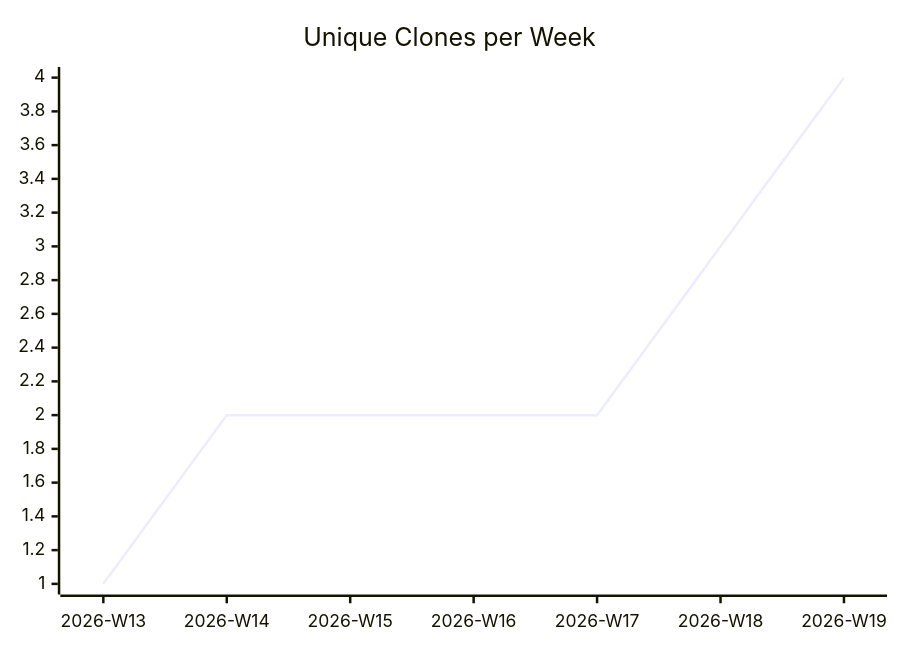
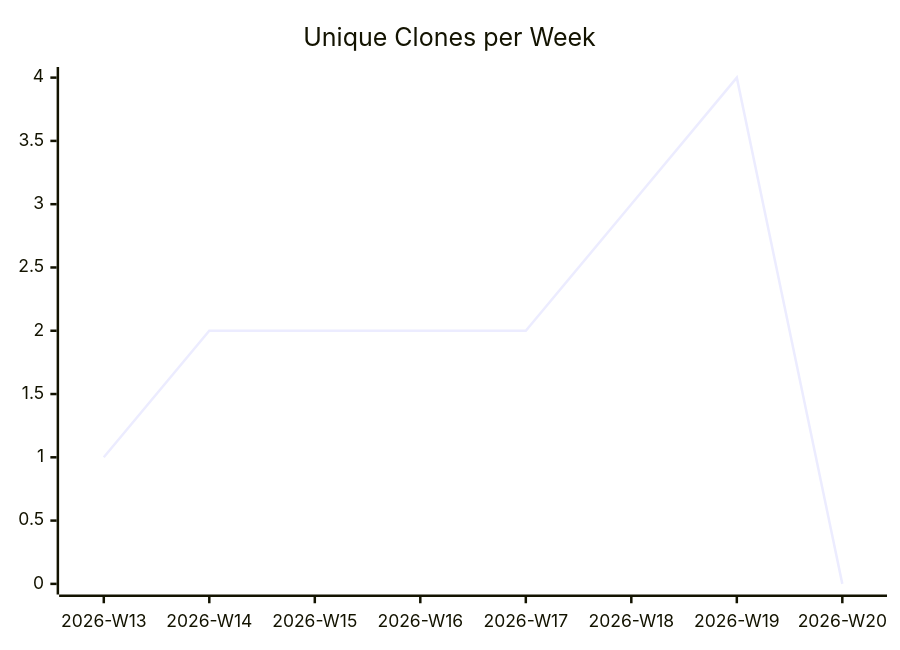
The third of 3 diagrams in karlmdavis/hello-rust-actix/README.md (justdavis-family/github-analytics-data), drawn with Mermaid before and after one commit. The commit also changed other lines of this file and 176 other files, not shown here.

````diff
--- a/karlmdavis/hello-rust-actix/README.md
+++ b/karlmdavis/hello-rust-actix/README.md
@@ -19,6 +19,6 @@
 ```mermaid
 xychart-beta
   title "Unique Clones per Week"
-  x-axis ["2026-W13", "2026-W14", "2026-W15", "2026-W16", "2026-W17", "2026-W18", "2026-W19"]
-  line [1, 2, 2, 2, 2, 3, 4]
+  x-axis ["2026-W13", "2026-W14", "2026-W15", "2026-W16", "2026-W17", "2026-W18", "2026-W19", "2026-W20"]
+  line [1, 2, 2, 2, 2, 3, 4, 0]
 ```
````
